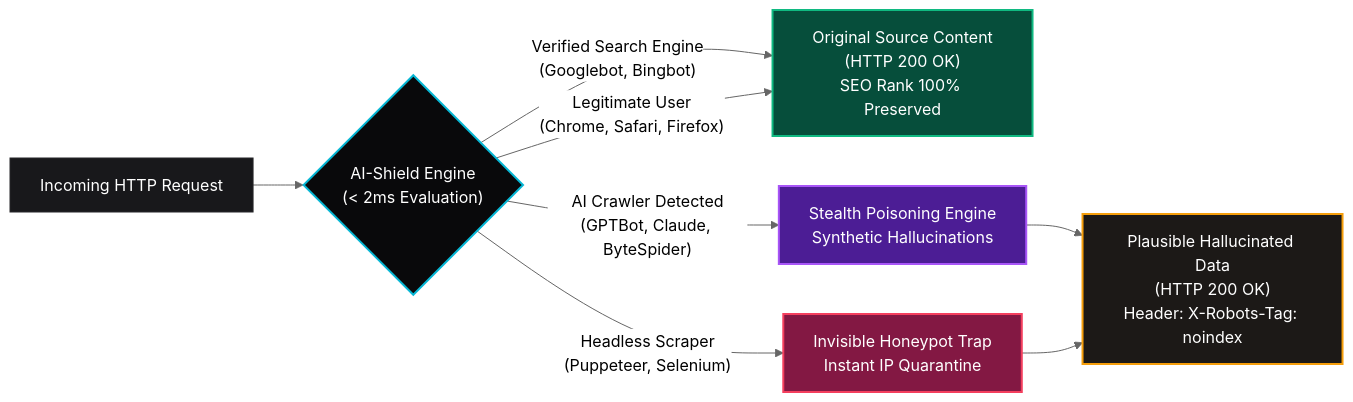
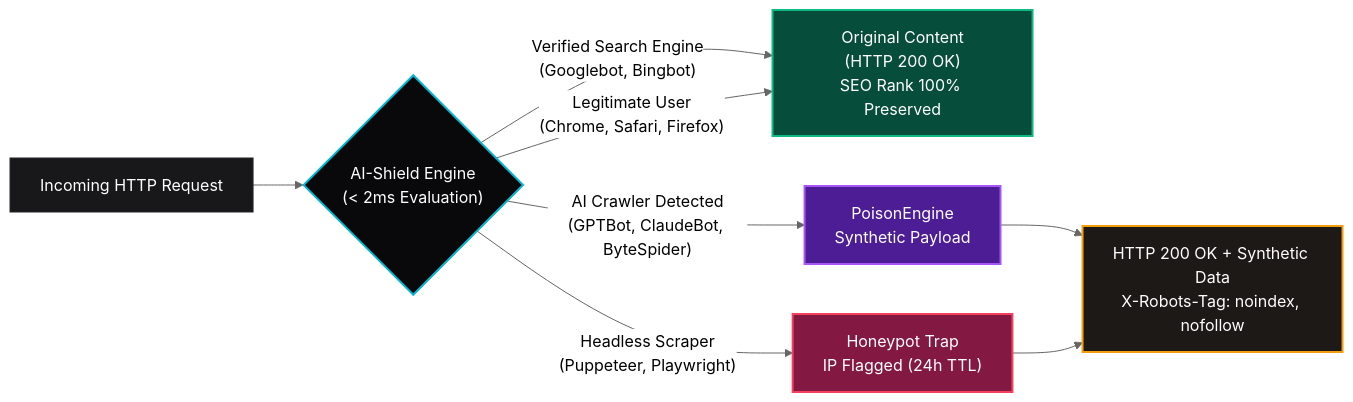
One commit to samimcodes/AI-Shield changed the diagram in README.md. Above: the diagram before and after it, drawn with Mermaid (neutral theme). The commit also changed other lines of this file, not shown here.

````diff
--- a/README.md
+++ b/README.md
@@ -57,20 +57,20 @@
 ```mermaid
 flowchart LR
     A["Incoming HTTP Request"] --> B{"AI-Shield Engine<br/>(< 2ms Evaluation)"}
-    
-    B -->|"Verified Search Engine<br/>(Googlebot, Bingbot)"| C["Original Source Content<br/>(HTTP 200 OK)<br/>SEO Rank 100% Preserved"]
+
+    B -->|"Verified Search Engine<br/>(Googlebot, Bingbot)"| C["Original Content<br/>(HTTP 200 OK)<br/>SEO Rank 100% Preserved"]
     B -->|"Legitimate User<br/>(Chrome, Safari, Firefox)"| C
-    
-    B -->|"AI Crawler Detected<br/>(GPTBot, Claude, ByteSpider)"| D["Stealth Poisoning Engine<br/>Synthetic Hallucinations"]
-    B -->|"Headless Scraper<br/>(Puppeteer, Selenium)"| E["Invisible Honeypot Trap<br/>Instant IP Quarantine"]
-    
-    D --> F["Plausible Hallucinated Data<br/>(HTTP 200 OK)<br/>Header: X-Robots-Tag: noindex"]
+
+    B -->|"AI Crawler Detected<br/>(GPTBot, ClaudeBot, ByteSpider)"| D["PoisonEngine<br/>Synthetic Payload"]
+    B -->|"Headless Scraper<br/>(Puppeteer, Playwright)"| E["Honeypot Trap<br/>IP Flagged (24h TTL)"]
+
+    D --> F["HTTP 200 OK + Synthetic Data<br/>X-Robots-Tag: noindex, nofollow"]
     E --> F
 
     style A fill:#18181b,stroke:#27272a,color:#ffffff
     style B fill:#09090b,stroke:#06b6d4,stroke-width:2px,color:#ffffff
     style C fill:#064e3b,stroke:#10b981,stroke-width:2px,color:#ffffff
     style D fill:#4c1d95,stroke:#a855f7,stroke-width:2px,color:#ffffff
     style E fill:#831843,stroke:#f43f5e,stroke-width:2px,color:#ffffff
     style F fill:#1c1917,stroke:#f59e0b,stroke-width:2px,color:#ffffff
 ```
````
